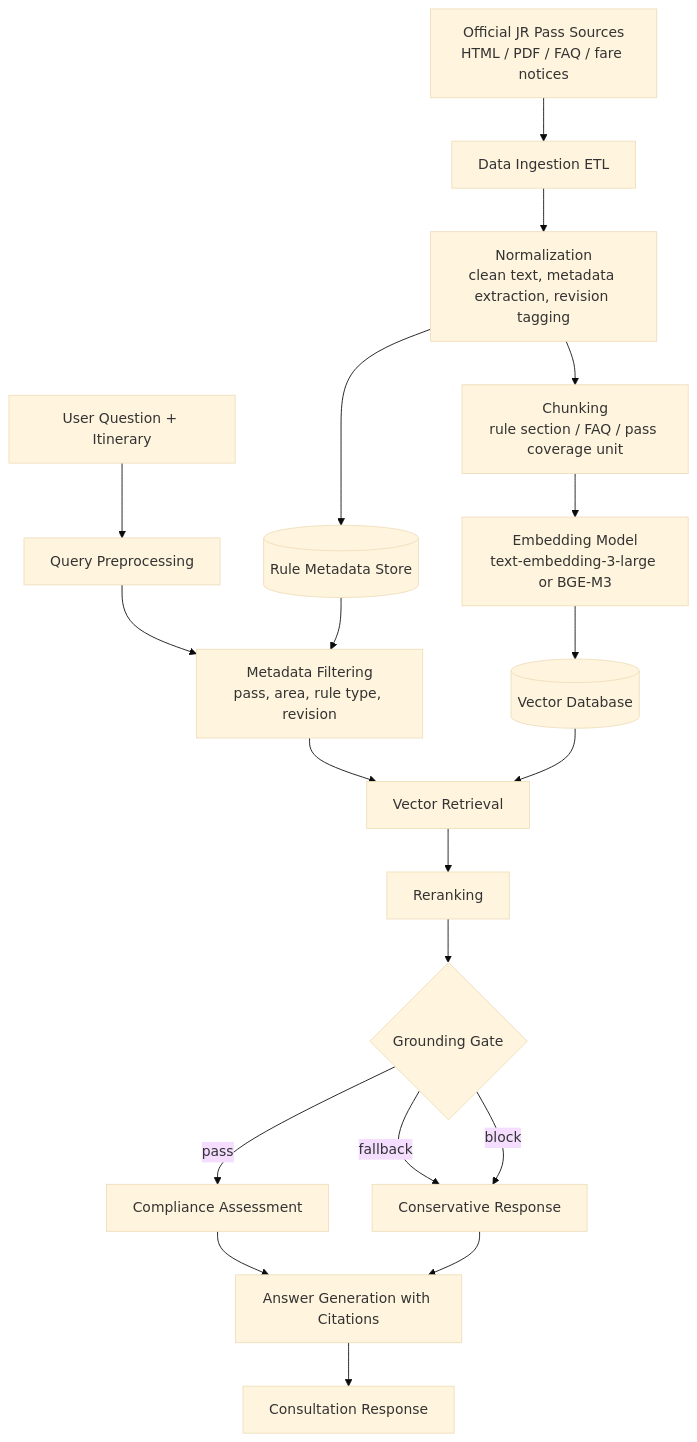
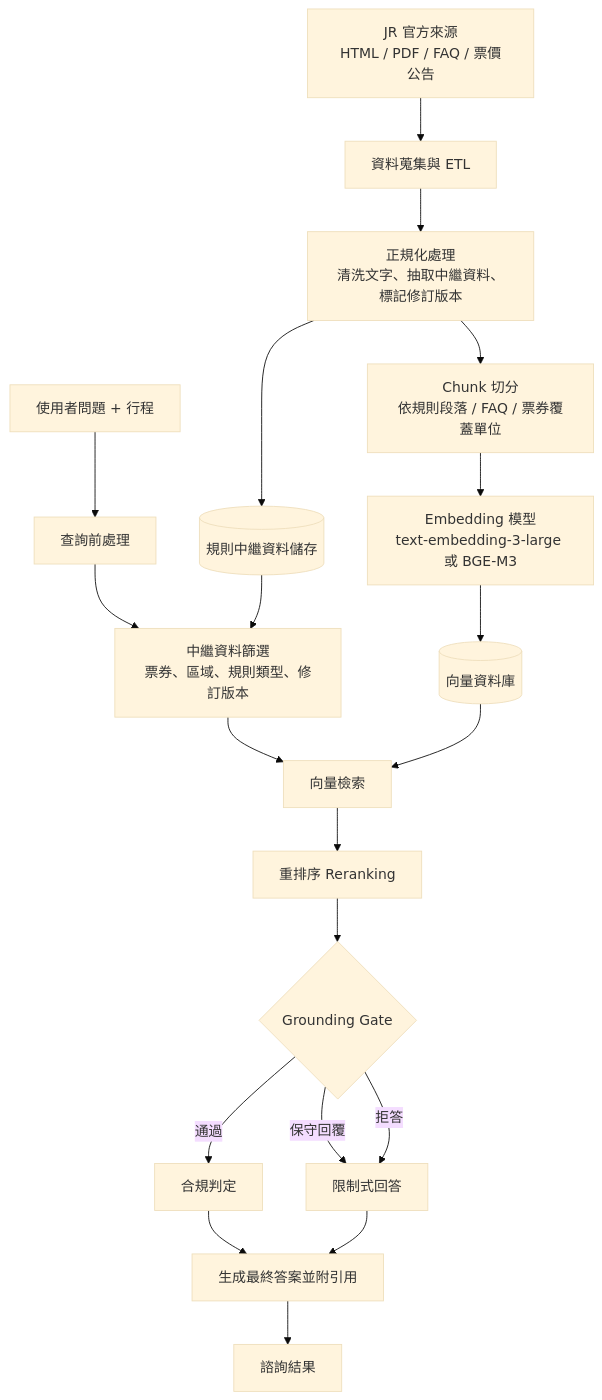
One commit to jungyu/data-science-2026 changed the diagram in project-fate/docs/AI/20260415_jr_pass_rag_architecture.md. Above: the diagram before and after it, drawn with Mermaid (base theme). The commit also changed other lines of this file and 14 other files, not shown here.

````diff
--- a/project-fate/docs/AI/20260415_jr_pass_rag_architecture.md
+++ b/project-fate/docs/AI/20260415_jr_pass_rag_architecture.md
@@ -9,24 +9,24 @@
 ```mermaid
 flowchart TD
-    A[Official JR Pass Sources<br/>HTML / PDF / FAQ / fare notices] --> B[Data Ingestion ETL]
-    B --> C[Normalization<br/>clean text, metadata extraction, revision tagging]
-    C --> D[Chunking<br/>rule section / FAQ / pass coverage unit]
-    D --> E[Embedding Model<br/>text-embedding-3-large or BGE-M3]
-    E --> F[(Vector Database)]
+    A[JR 官方來源<br/>HTML / PDF / FAQ / 票價公告] --> B[資料蒐集與 ETL]
+    B --> C[正規化處理<br/>清洗文字、抽取中繼資料、標記修訂版本]
+    C --> D[Chunk 切分<br/>依規則段落 / FAQ / 票券覆蓋單位]
+    D --> E[Embedding 模型<br/>text-embedding-3-large 或 BGE-M3]
+    E --> F[(向量資料庫)]
 
-    C --> G[(Rule Metadata Store)]
+    C --> G[(規則中繼資料儲存)]
 
-    H[User Question + Itinerary] --> I[Query Preprocessing]
-    I --> J[Metadata Filtering<br/>pass, area, rule type, revision]
-    J --> K[Vector Retrieval]
+    H[使用者問題 + 行程] --> I[查詢前處理]
+    I --> J[中繼資料篩選<br/>票券、區域、規則類型、修訂版本]
+    J --> K[向量檢索]
     F --> K
     G --> J
-    K --> L[Reranking]
+    K --> L[重排序 Reranking]
     L --> M{Grounding Gate}
-    M -->|pass| N[Compliance Assessment]
-    M -->|fallback| O[Conservative Response]
-    M -->|block| O
-    N --> P[Answer Generation with Citations]
+    M -->|通過| N[合規判定]
+    M -->|保守回覆| O[限制式回答]
+    M -->|拒答| O
+    N --> P[生成最終答案並附引用]
     O --> P
-    P --> Q[Consultation Response]
+    P --> Q[諮詢結果]
 ```
````
